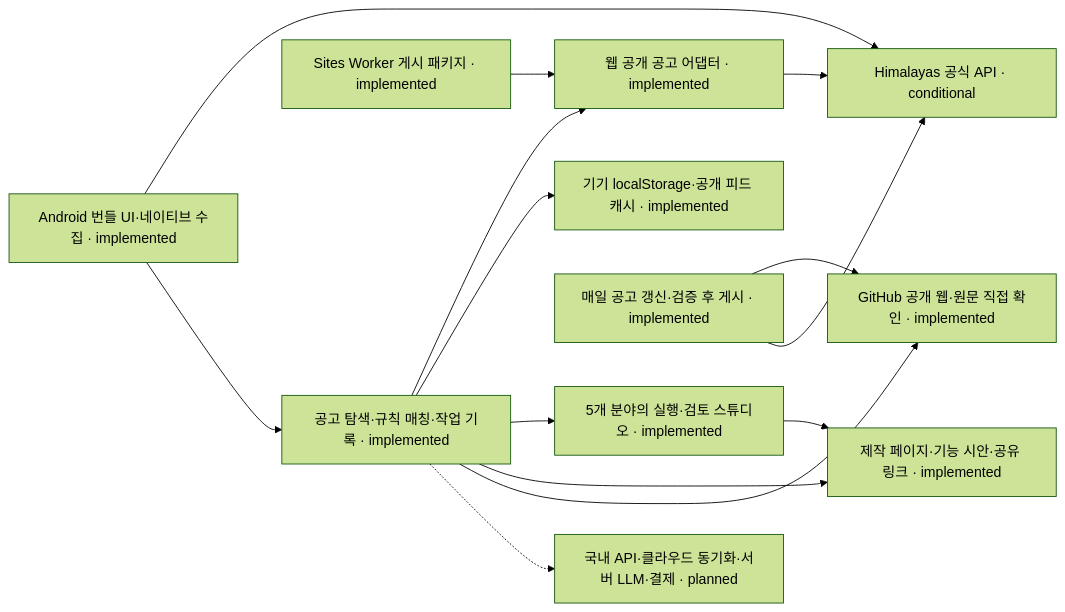
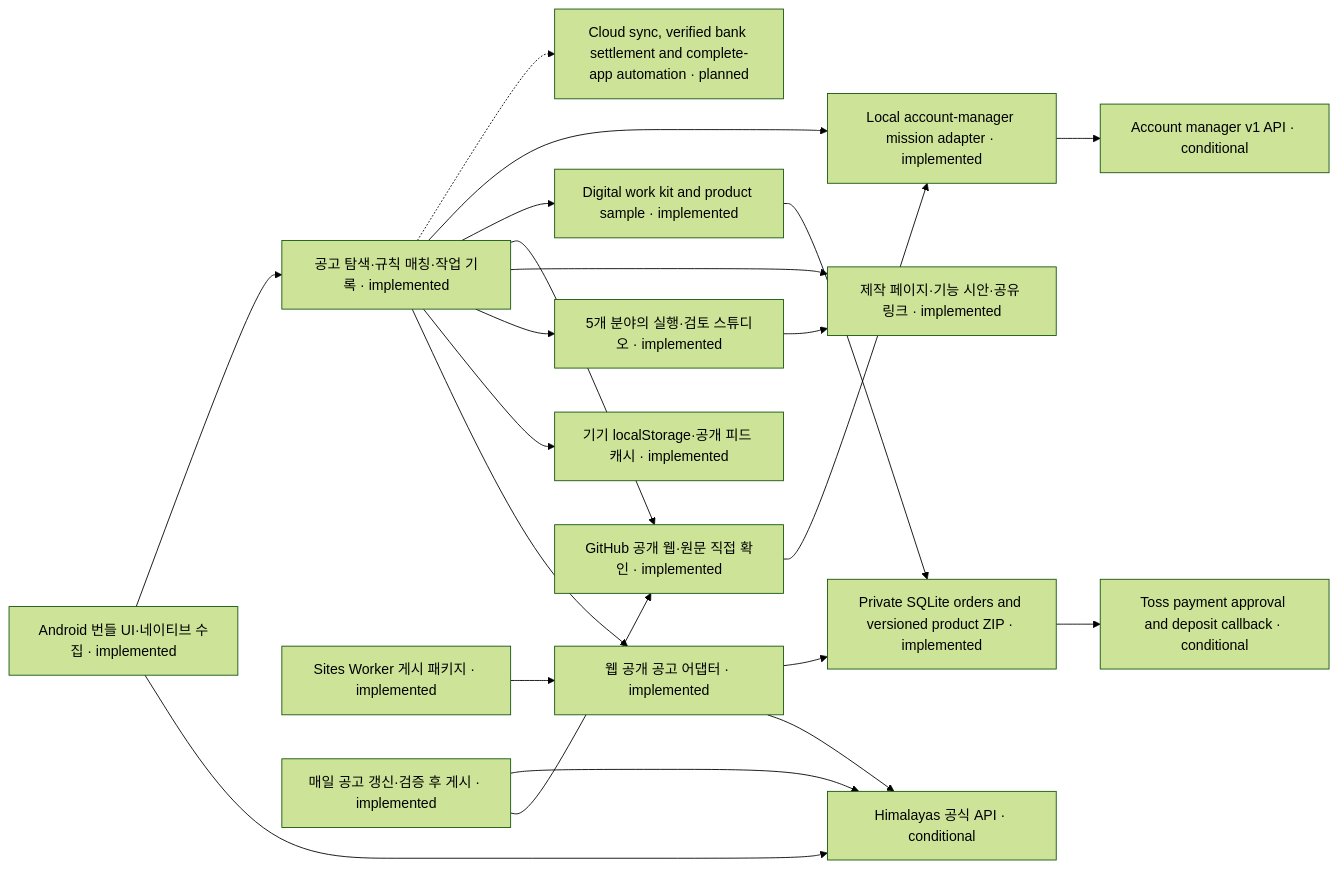
Before and after one commit to Lui02372/aiworkjob: the diagram in docs/codevisualization/architecture.mmd, drawn with Mermaid (forest theme). The commit also changed 69 other files, not shown here.

Commit message:
Add verified work-kit commerce and scoped account-manager missions (v0.1.3)

```diff
--- a/docs/codevisualization/architecture.mmd
+++ b/docs/codevisualization/architecture.mmd
@@ -1,25 +1,37 @@
 flowchart LR
  a0["공고 탐색·규칙 매칭·작업 기록 · implemented"]
  a1["웹 공개 공고 어댑터 · implemented"]
  a2["Himalayas 공식 API · conditional"]
  a3["Android 번들 UI·네이티브 수집 · implemented"]
  a4["기기 localStorage·공개 피드 캐시 · implemented"]
  a5["5개 분야의 실행·검토 스튜디오 · implemented"]
  a6["제작 페이지·기능 시안·공유 링크 · implemented"]
  a7["Sites Worker 게시 패키지 · implemented"]
  a8["GitHub 공개 웹·원문 직접 확인 · implemented"]
  a9["매일 공고 갱신·검증 후 게시 · implemented"]
- a10["국내 API·클라우드 동기화·서버 LLM·결제 · planned"]
+ a10["Digital work kit and product sample · implemented"]
+ a11["Private SQLite orders and versioned product ZIP · implemented"]
+ a12["Toss payment approval and deposit callback · conditional"]
+ a13["Local account-manager mission adapter · implemented"]
+ a14["Account manager v1 API · conditional"]
+ a15["Cloud sync, verified bank settlement and complete-app automation · planned"]
  a0 --> a1
  a1 --> a2
  a3 --> a2
  a3 --> a0
  a0 --> a4
  a0 --> a5
  a5 --> a6
  a0 --> a6
  a7 --> a1
  a0 --> a8
  a9 --> a8
  a9 --> a2
- a0 -.-> a10
+ a0 --> a10
+ a1 --> a11
+ a10 --> a11
+ a11 --> a12
+ a0 --> a13
+ a13 --> a14
+ a8 --> a13
+ a0 -.-> a15
```
